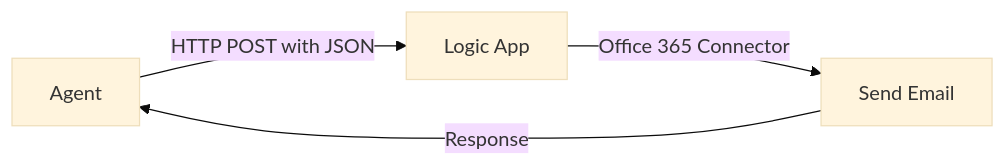
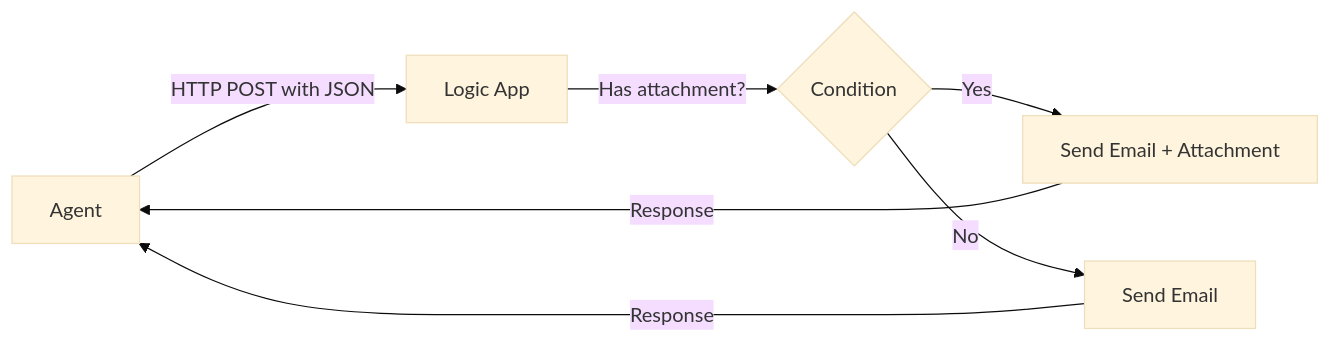
Before and after one commit to LauraVerghote/Agentic-ai-with-foundry-workshop: the diagram in lab-5-email-logic-app.md, drawn with Mermaid (base theme). The commit also changed other lines of this file, not shown here.

First line of the commit message:
Lab 5: fix Logic App null attachment crash, add Condition step

````diff
--- a/lab-5-email-logic-app.md
+++ b/lab-5-email-logic-app.md
@@ -35,6 +35,9 @@
 ```mermaid
 flowchart LR
     A[Agent] -->|HTTP POST with JSON| B[Logic App]
-    B -->|Office 365 Connector| C[Send Email]
-    C -->|Response| A
+    B -->|Has attachment?| C{Condition}
+    C -->|Yes| D[Send Email + Attachment]
+    C -->|No| E[Send Email]
+    D -->|Response| A
+    E -->|Response| A
 ```
````
